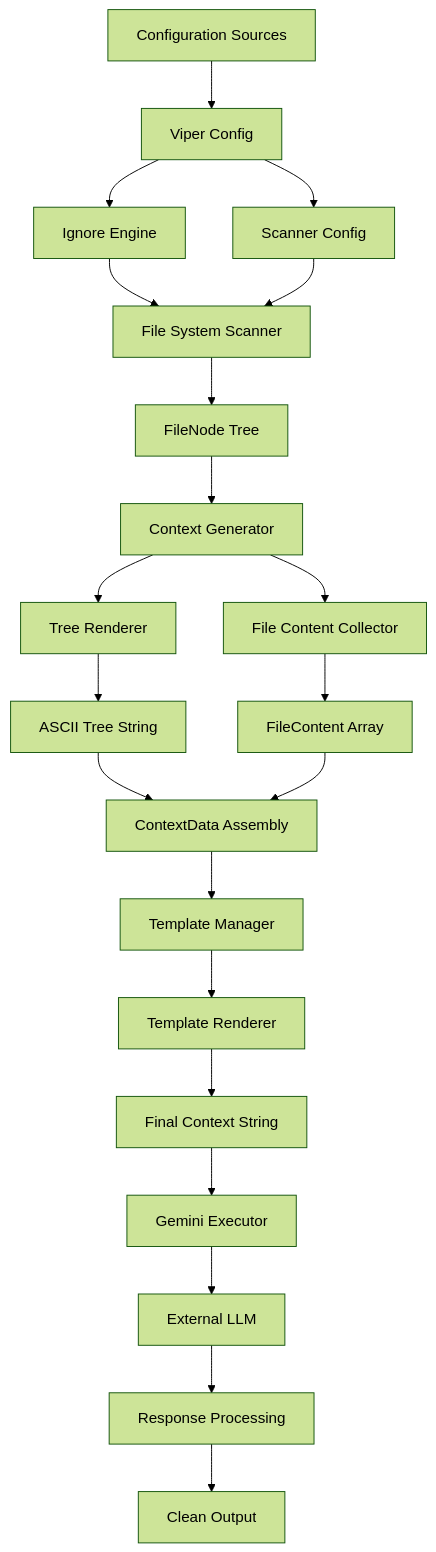
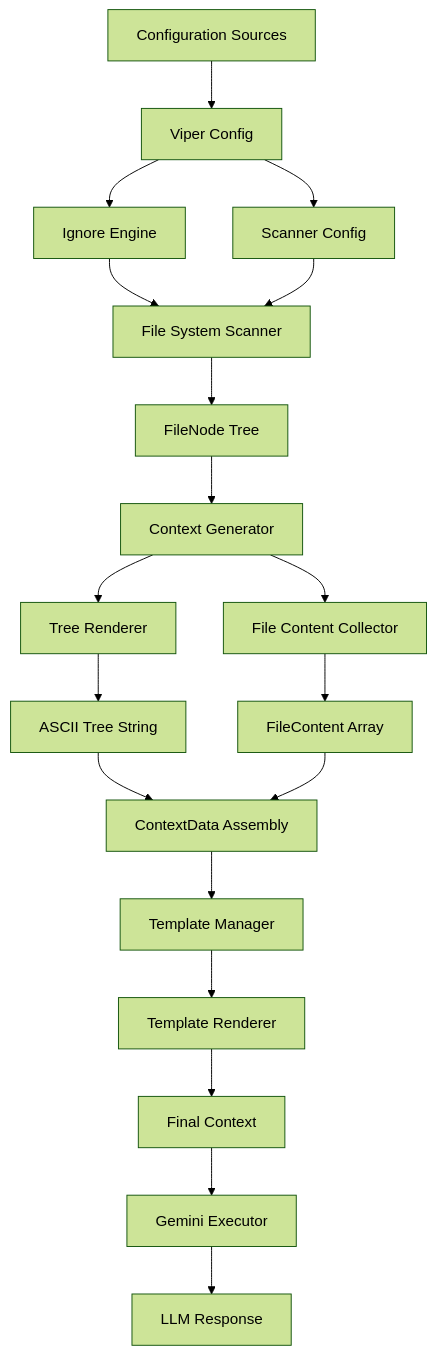
Before and after one commit to quantmind-br/shotgun-cli: the diagram in .ai/docs/data_flow_analysis.md, drawn with Mermaid (forest theme). The commit also changed 17 other files, not shown here.

````diff
--- a/.ai/docs/data_flow_analysis.md
+++ b/.ai/docs/data_flow_analysis.md
@@ -186,23 +186,21 @@
 ```mermaid
 flowchart TD
     A[Configuration Sources] --> B[Viper Config]
     B --> C[Ignore Engine]
     B --> D[Scanner Config]
     C --> E[File System Scanner]
     D --> E
     E --> F[FileNode Tree]
     F --> G[Context Generator]
     G --> H[Tree Renderer]
     G --> I[File Content Collector]
     H --> J[ASCII Tree String]
     I --> K[FileContent Array]
     J --> L[ContextData Assembly]
     K --> L
     L --> M[Template Manager]
     M --> N[Template Renderer]
-    N --> O[Final Context String]
+    N --> O[Final Context]
     O --> P[Gemini Executor]
-    P --> Q[External LLM]
-    Q --> R[Response Processing]
-    R --> S[Clean Output]
+    P --> Q[LLM Response]
 ```
````
